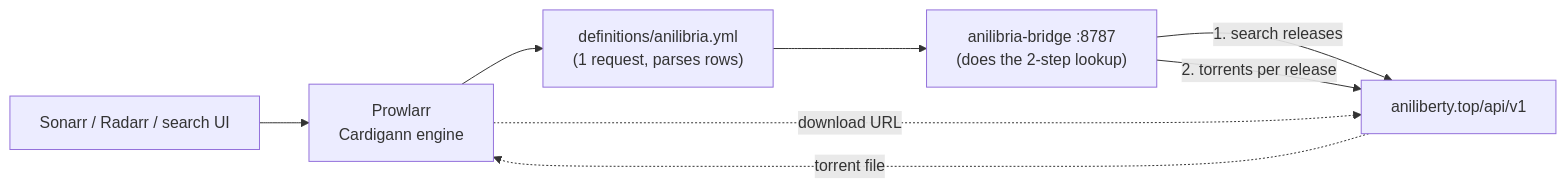
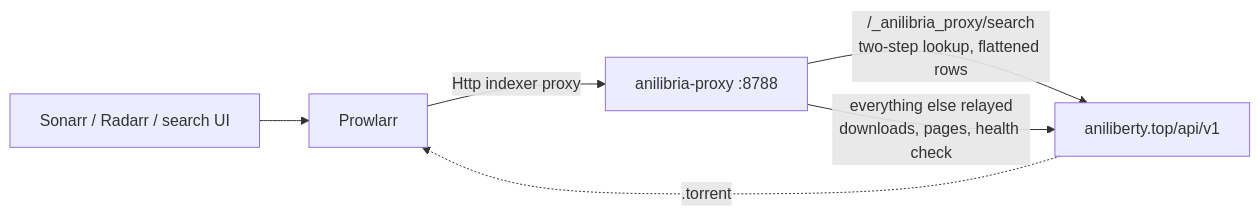
Before and after one commit to zxibizz/prowlarr_anilibria_indexer: the diagram in README.md, drawn with Mermaid. The commit also changed other lines of this file and 13 other files, not shown here.

Commit message:
feat: add AniLibria search proxy for Prowlarr

````diff
--- a/README.md
+++ b/README.md
@@ -48,14 +48,12 @@
 ```mermaid
 flowchart LR
     S["Sonarr / Radarr / search UI"]
-    P["Prowlarr<br/>Cardigann engine"]
-    Y["definitions/anilibria.yml<br/>(1 request, parses rows)"]
-    B["anilibria-bridge :8787<br/>(does the 2-step lookup)"]
-    A["aniliberty.top/api/v1"]
+    P["Prowlarr"]
+    X["anilibria-proxy :8788"]
 
-    S --> P --> Y --> B
-    B -->|"1. search releases"| A
-    B -->|"2. torrents per release"| A
-    A -.->|"torrent file"| P
-    P -.->|"download URL"| A
+    S --> P
+    P -->|"Http indexer proxy"| X
+    X -->|"/_anilibria_proxy/search<br/>two-step lookup, flattened rows"| A["aniliberty.top/api/v1"]
+    X -->|"everything else relayed<br/>downloads, pages, health check"| A
+    A -.->|".torrent"| P
 ```
````
